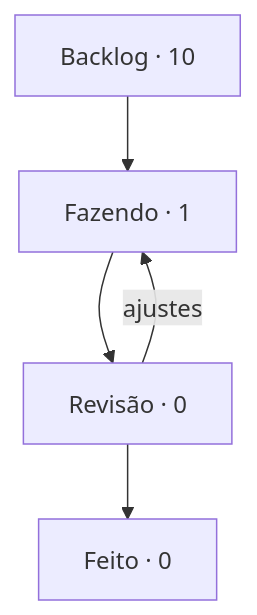
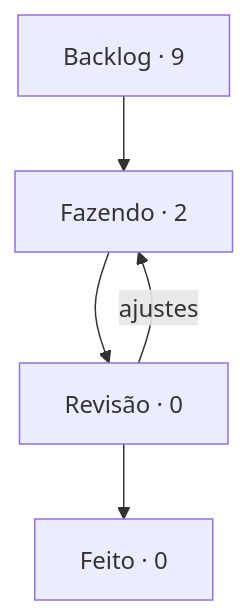
One commit to StudioVibi/VibiKanban changed the diagram in boards/dungeon-bend/BOARD.md. Above: the diagram before and after it, drawn with Mermaid. The commit also changed other lines of this file and 1 other file, not shown here.

Commit message:
board: DB-12 Backlog → Fazendo (@Leon-nis)

````diff
--- a/boards/dungeon-bend/BOARD.md
+++ b/boards/dungeon-bend/BOARD.md
@@ -5,10 +5,10 @@
 ```mermaid
 flowchart TD
-  backlog["Backlog · 10"] --> doing["Fazendo · 1"]
+  backlog["Backlog · 9"] --> doing["Fazendo · 2"]
   doing --> review["Revisão · 0"]
   review --> done["Feito · 0"]
   review -->|ajustes| doing
   doing:::blue
   review:::yellow
   done:::green
 ```
````
